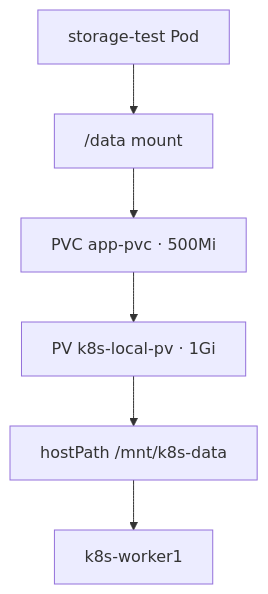
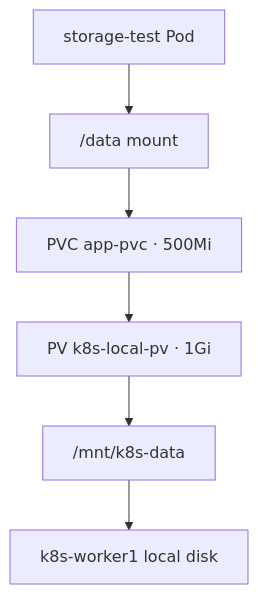
Before and after one commit to Rash499/kubernetes-cluster-lab: the diagram in 08-persistent-storage/README.md, drawn with Mermaid. The commit also changed other lines of this file, not shown here.

Commit message:
Explain PV PVC binding and local storage caveats

````diff
--- a/08-persistent-storage/README.md
+++ b/08-persistent-storage/README.md
@@ -12,8 +23,8 @@
 ```mermaid
 flowchart TB
   Pod["storage-test Pod"] --> M["/data mount"]
   M --> PVC["PVC app-pvc · 500Mi"]
   PVC --> PV["PV k8s-local-pv · 1Gi"]
-  PV --> H["hostPath /mnt/k8s-data"]
-  H --> N["k8s-worker1"]
+  PV --> H["/mnt/k8s-data"]
+  H --> N["k8s-worker1 local disk"]
 ```
````
